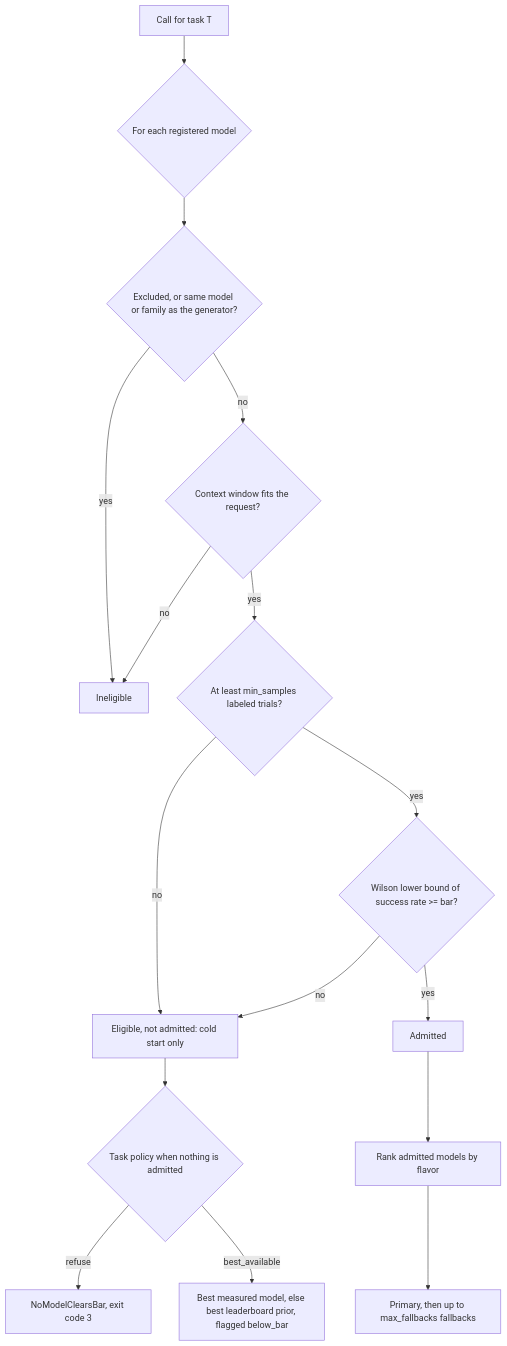
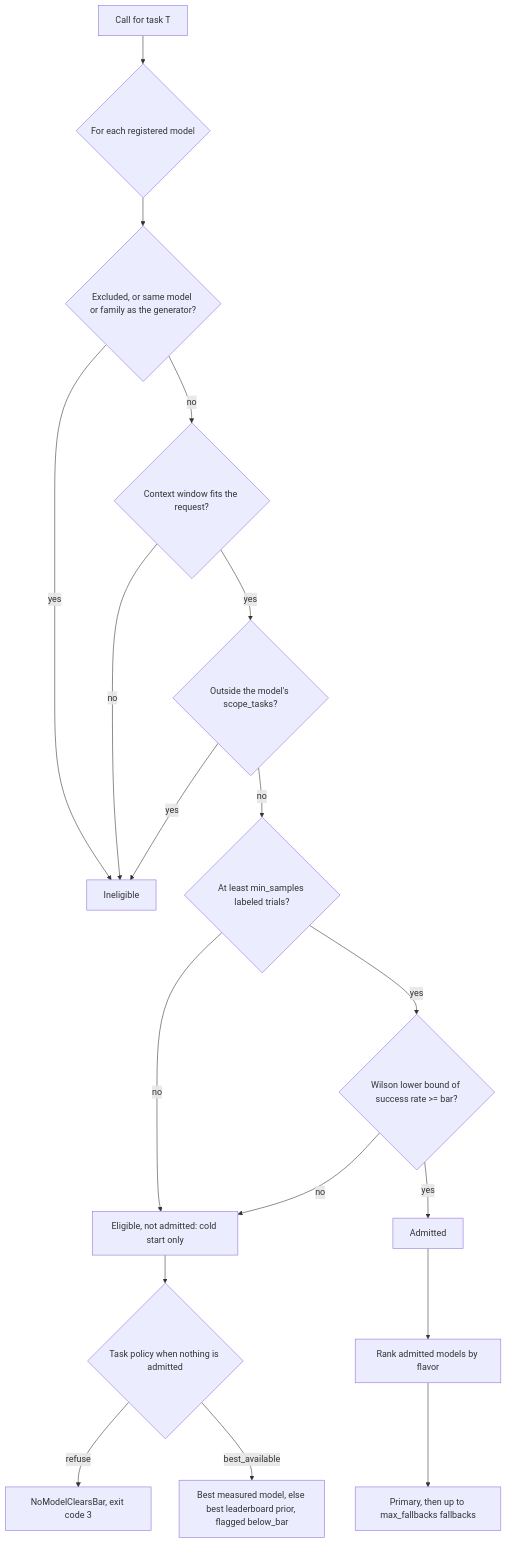
The diagram in README.md (jeffma8888/ai-model-routing), drawn with Mermaid before and after one commit. The commit also changed other lines of this file and 10 other files, not shown here.

````diff
--- a/README.md
+++ b/README.md
@@ -39,18 +39,20 @@
 ```mermaid
 flowchart TD
     A[Call for task T] --> B{For each registered model}
     B --> C{Excluded, or same model or family as the generator?}
     C -- yes --> X[Ineligible]
     C -- no --> D{Context window fits the request?}
     D -- no --> X
-    D -- yes --> E{At least min_samples labeled trials?}
+    D -- yes --> S{"Outside the model's scope_tasks?"}
+    S -- yes --> X
+    S -- no --> E{At least min_samples labeled trials?}
     E -- no --> P[Eligible, not admitted: cold start only]
     E -- yes --> F{"Wilson lower bound of success rate >= bar?"}
     F -- no --> P
     F -- yes --> G[Admitted]
     G --> H[Rank admitted models by flavor]
     H --> I["Primary, then up to max_fallbacks fallbacks"]
     P --> J{Task policy when nothing is admitted}
     J -- refuse --> K[NoModelClearsBar, exit code 3]
     J -- best_available --> L[Best measured model, else best leaderboard prior, flagged below_bar]
 ```
````
